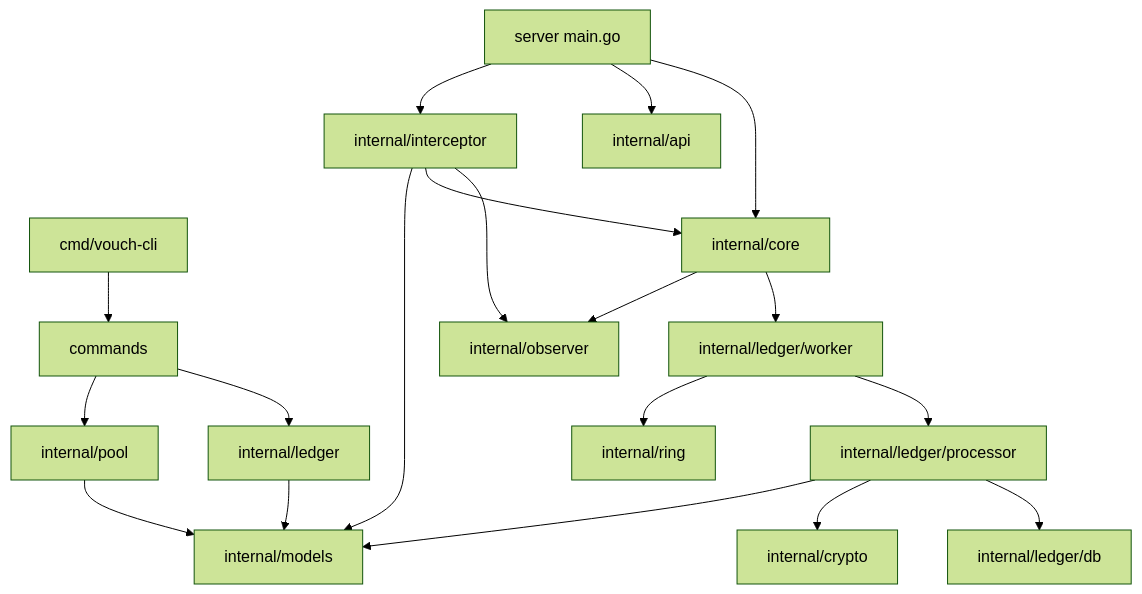
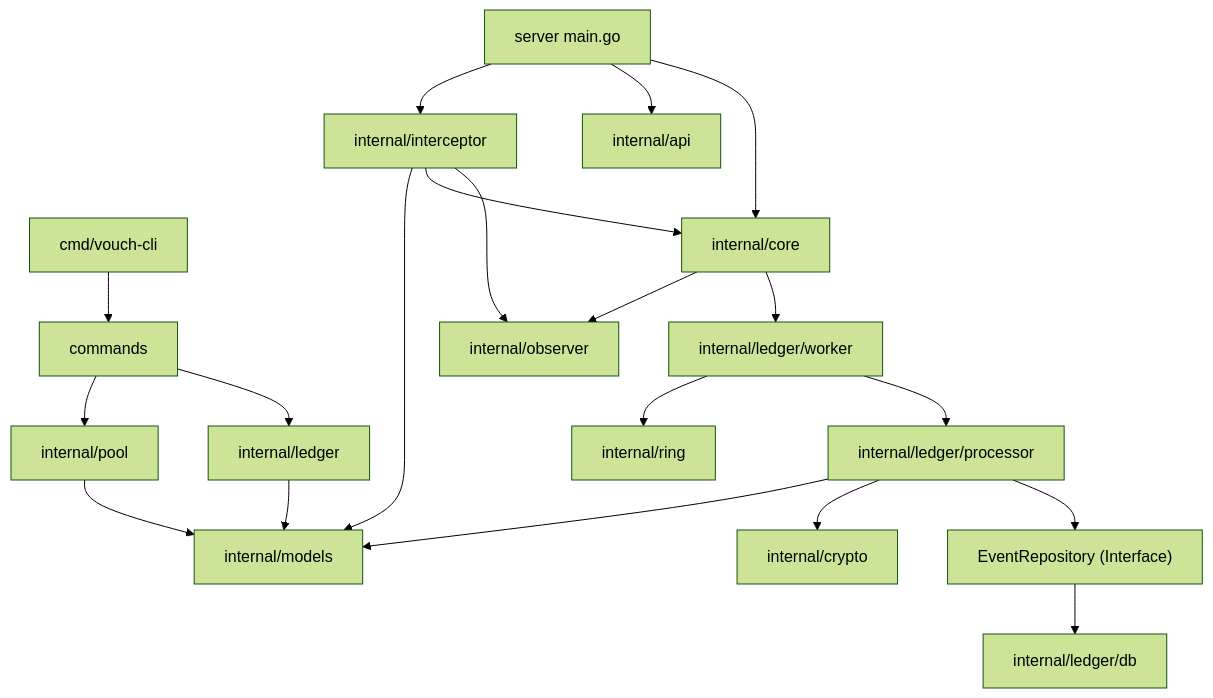
The diagram in ARCHITECTURE.md (slyt3/Logryph), drawn with Mermaid (forest theme) before and after one commit. The commit also changed other lines of this file and 24 other files, not shown here.

````diff
--- a/ARCHITECTURE.md
+++ b/ARCHITECTURE.md
@@ -7,27 +7,28 @@
 ```mermaid
 graph TD
     CLI[cmd/vouch-cli] --> CMD[commands]
     CMD --> LEDGER[internal/ledger]
     CMD --> POOL[internal/pool]
     
     MAIN[server main.go] --> CORE[internal/core]
     MAIN --> API[internal/api]
     MAIN --> INTERCEPTOR[internal/interceptor]
     
     INTERCEPTOR --> OBSERVER[internal/observer]
     INTERCEPTOR --> CORE
     
     CORE --> WORKER[internal/ledger/worker]
     CORE --> OBSERVER
     
     WORKER --> PROCESSOR[internal/ledger/processor]
     WORKER --> RING[internal/ring]
     
-    PROCESSOR --> DB[internal/ledger/db]
+    PROCESSOR --> REPO["EventRepository (Interface)"]
+    REPO --> DB[internal/ledger/db]
     PROCESSOR --> CRYPTO[internal/crypto]
     PROCESSOR --> MODELS[internal/models]
     
     LEDGER --> MODELS
     INTERCEPTOR --> MODELS
     POOL --> MODELS
 ```
````
